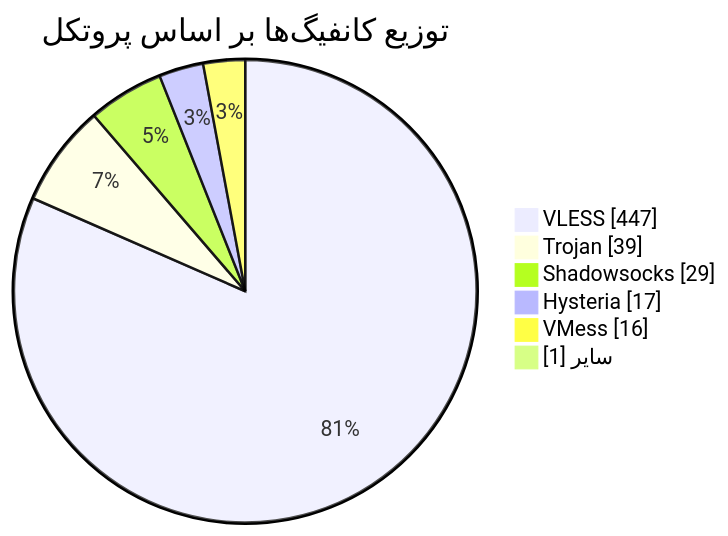
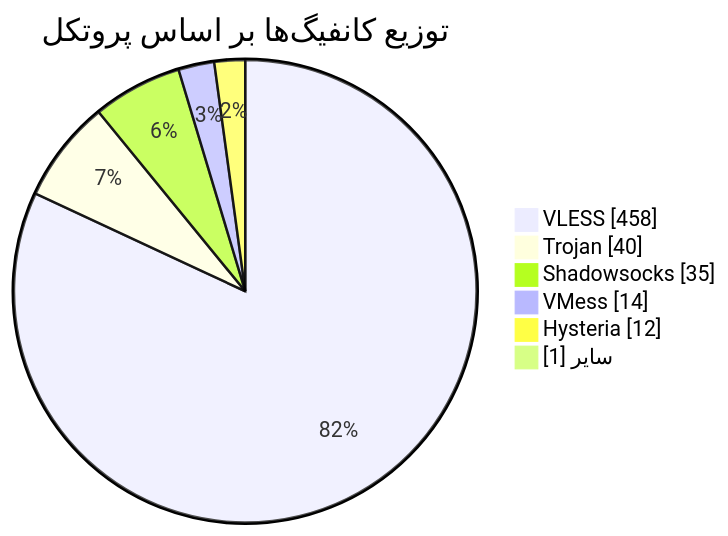
Before and after one commit to Arian-Alijani/Somthing: the diagram in README.md, drawn with Mermaid. The commit also changed other lines of this file and 83 other files, not shown here.

````diff
--- a/README.md
+++ b/README.md
@@ -48,10 +48,10 @@
 ```mermaid
 pie showData
     title توزیع کانفیگ‌ها بر اساس پروتکل
-    "VLESS" : 447
-    "Trojan" : 39
-    "Shadowsocks" : 29
-    "Hysteria" : 17
-    "VMess" : 16
+    "VLESS" : 458
+    "Trojan" : 40
+    "Shadowsocks" : 35
+    "VMess" : 14
+    "Hysteria" : 12
     "سایر" : 1
 ```
````
